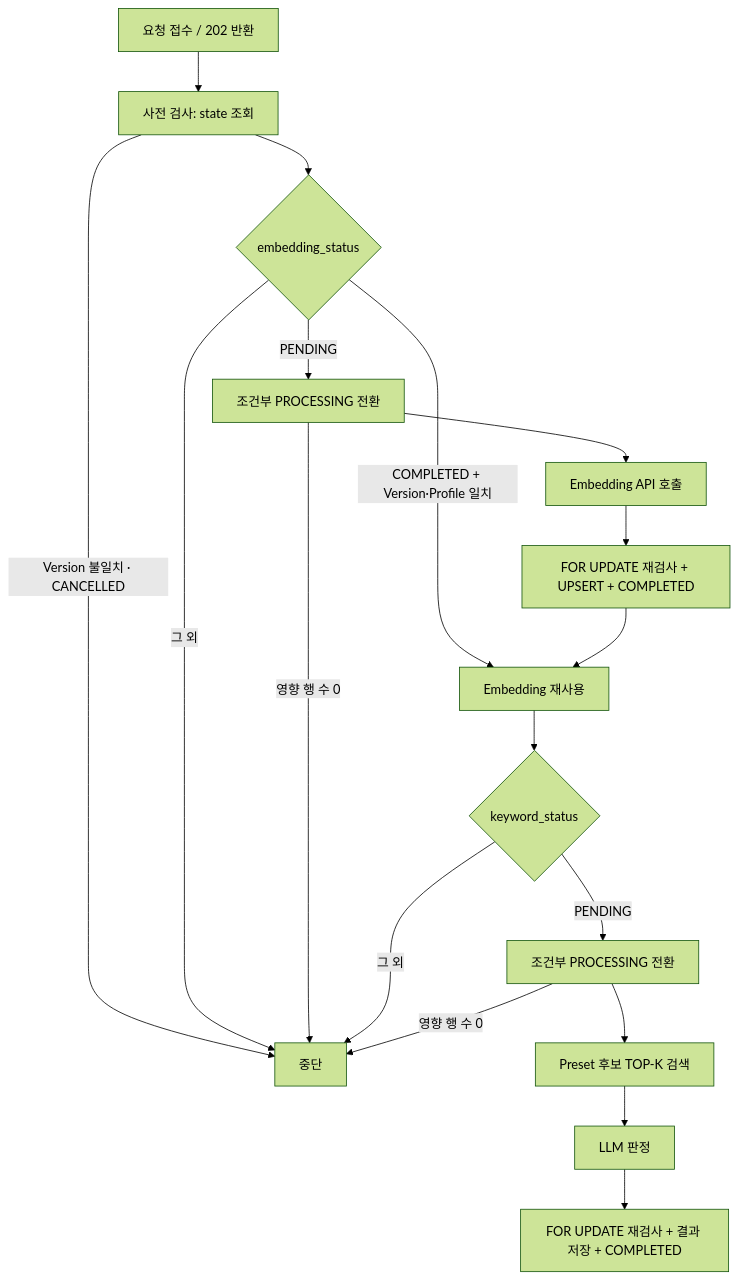
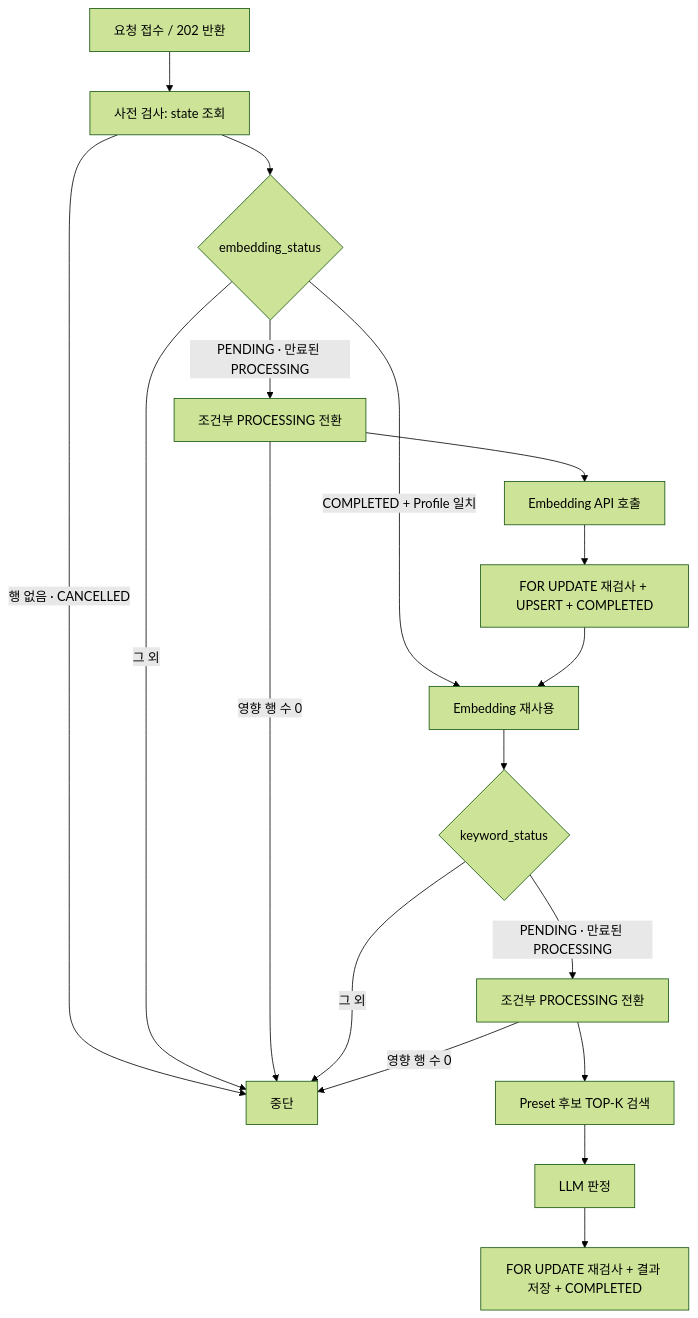
One commit to Team-PinLog/ai changed the diagram in docs/context-processing.md. Above: the diagram before and after it, drawn with Mermaid (forest theme). The commit also changed other lines of this file and 11 other files, not shown here.

````diff
--- a/docs/context-processing.md
+++ b/docs/context-processing.md
@@ -42,20 +59,20 @@
 ```mermaid
 flowchart TD
     A[요청 접수 / 202 반환] --> B[사전 검사: state 조회]
-    B -->|Version 불일치 · CANCELLED| X[중단]
+    B -->|행 없음 · CANCELLED| X[중단]
     B --> C{embedding_status}
-    C -->|COMPLETED + Version·Profile 일치| K0[Embedding 재사용]
-    C -->|PENDING| D[조건부 PROCESSING 전환]
+    C -->|COMPLETED + Profile 일치| K0[Embedding 재사용]
+    C -->|PENDING · 만료된 PROCESSING| D[조건부 PROCESSING 전환]
     C -->|그 외| X
     D -->|영향 행 수 0| X
     D --> E[Embedding API 호출]
     E --> F[FOR UPDATE 재검사 + UPSERT + COMPLETED]
     F --> K0
     K0 --> G{keyword_status}
-    G -->|PENDING| H[조건부 PROCESSING 전환]
+    G -->|PENDING · 만료된 PROCESSING| H[조건부 PROCESSING 전환]
     G -->|그 외| X
     H -->|영향 행 수 0| X
     H --> I[Preset 후보 TOP-K 검색]
     I --> J[LLM 판정]
     J --> L[FOR UPDATE 재검사 + 결과 저장 + COMPLETED]
 ```
````
